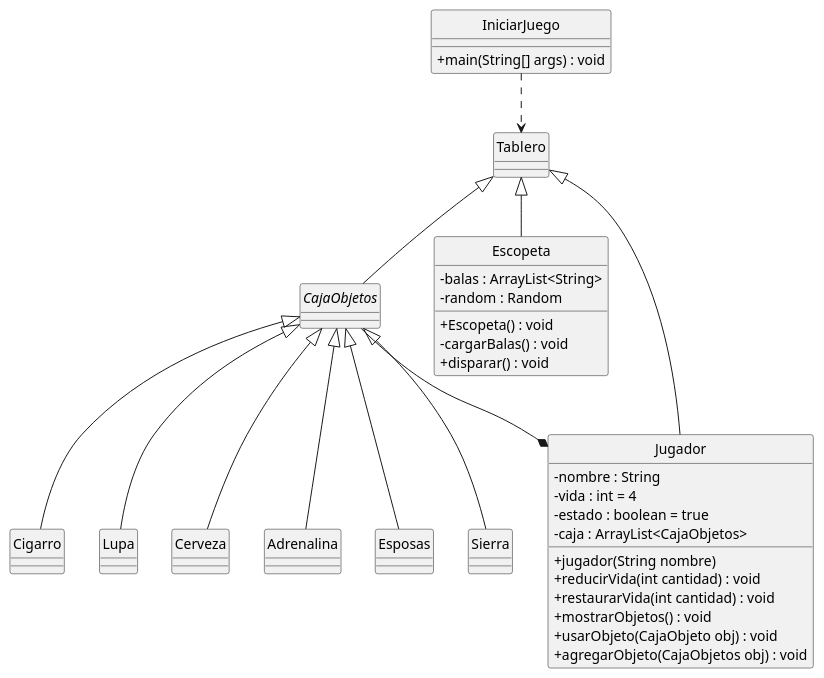
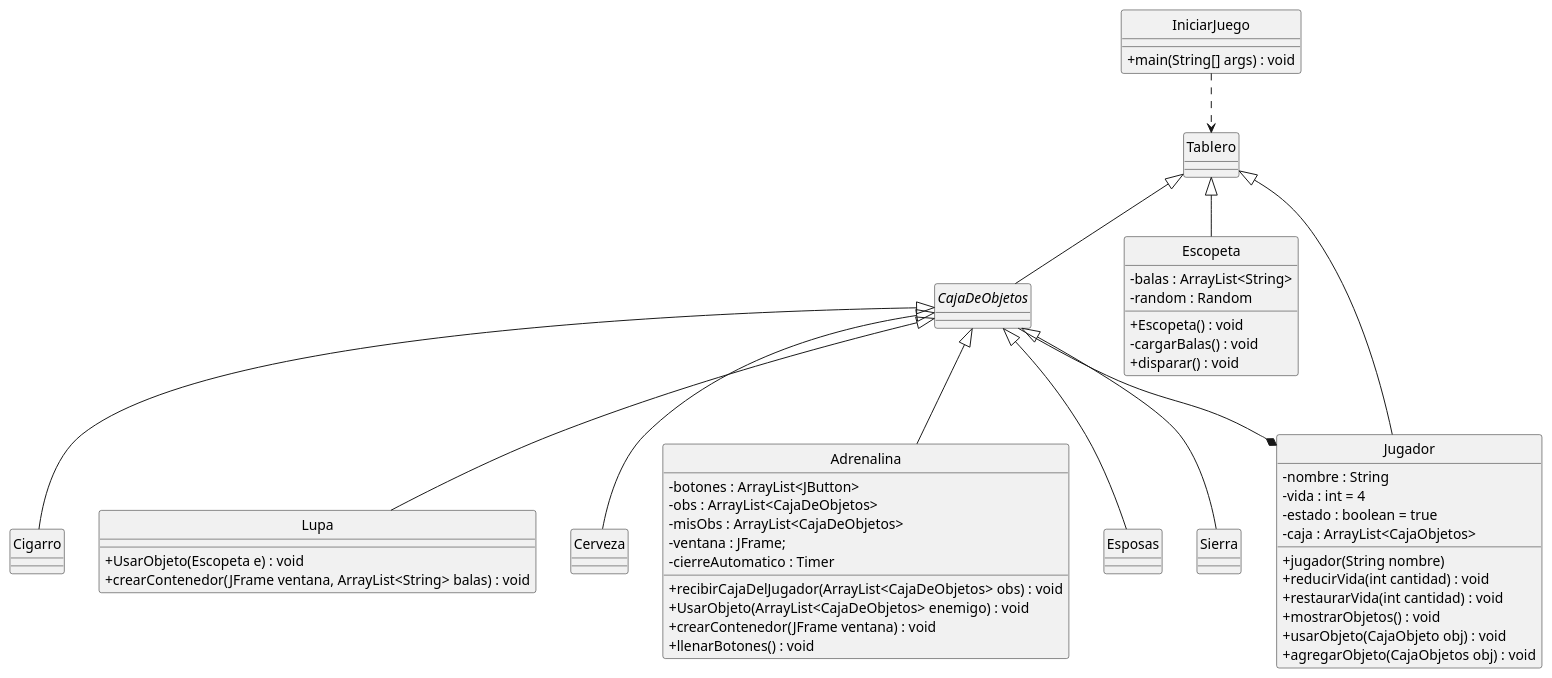
One commit to F4brici0L4yme/FP2-Final-Project changed the diagram in uml.puml. Above: the diagram before and after it, drawn with PlantUML.

Commit message:
agregando atributos y metodos a las clases lupa y adrenalina

```diff
--- a/uml.puml
+++ b/uml.puml
@@ -1,66 +1,75 @@
 @startuml
 skinparam classAttributeIconSize 0
 
 hide class circle
 hide interface circle
 hide abstract circle
 
 class Tablero {
 
 }
 
-abstract class CajaObjetos extends Tablero{
+abstract class CajaDeObjetos extends Tablero{
 
 }
 
 class Escopeta extends Tablero {
     - balas : ArrayList<String>
     - random : Random
     + Escopeta() : void
     - cargarBalas() : void
     + disparar() : void
 }
 
 class Jugador extends Tablero {
     - nombre : String
     - vida : int = 4
     - estado : boolean = true
     - caja : ArrayList<CajaObjetos>
     + jugador(String nombre)
     + reducirVida(int cantidad) : void
     + restaurarVida(int cantidad) : void
     + mostrarObjetos() : void
     + usarObjeto(CajaObjeto obj) : void
     + agregarObjeto(CajaObjetos obj) : void
 }
 
-class Cigarro extends CajaObjetos {
+class Cigarro extends CajaDeObjetos {
+    
+}
+
+class Lupa extends CajaDeObjetos {
+    + UsarObjeto(Escopeta e) : void
+    + crearContenedor(JFrame ventana, ArrayList<String> balas) : void
+}
+
+class Cerveza extends CajaDeObjetos {
 
 }
 
-class Lupa extends CajaObjetos {
+class Adrenalina extends CajaDeObjetos {
+    - botones : ArrayList<JButton>
+    - obs : ArrayList<CajaDeObjetos>
+    - misObs : ArrayList<CajaDeObjetos>
+    - ventana : JFrame; 
+    - cierreAutomatico : Timer
+    + recibirCajaDelJugador(ArrayList<CajaDeObjetos> obs) : void
+    + UsarObjeto(ArrayList<CajaDeObjetos> enemigo) : void
+    + crearContenedor(JFrame ventana) : void
+    + llenarBotones() : void
+}
+
+class Esposas extends CajaDeObjetos {
 
 }
 
-class Cerveza extends CajaObjetos {
-
-}
-
-class Adrenalina extends CajaObjetos {
-
-}
-
-class Esposas extends CajaObjetos {
-
-}
-
-class Sierra extends CajaObjetos {
+class Sierra extends CajaDeObjetos {
 
 }
 
 class IniciarJuego {
     + main(String[] args) : void
 }
 IniciarJuego ..> Tablero
-CajaObjetos --* Jugador
+CajaDeObjetos --* Jugador
 @enduml
```
